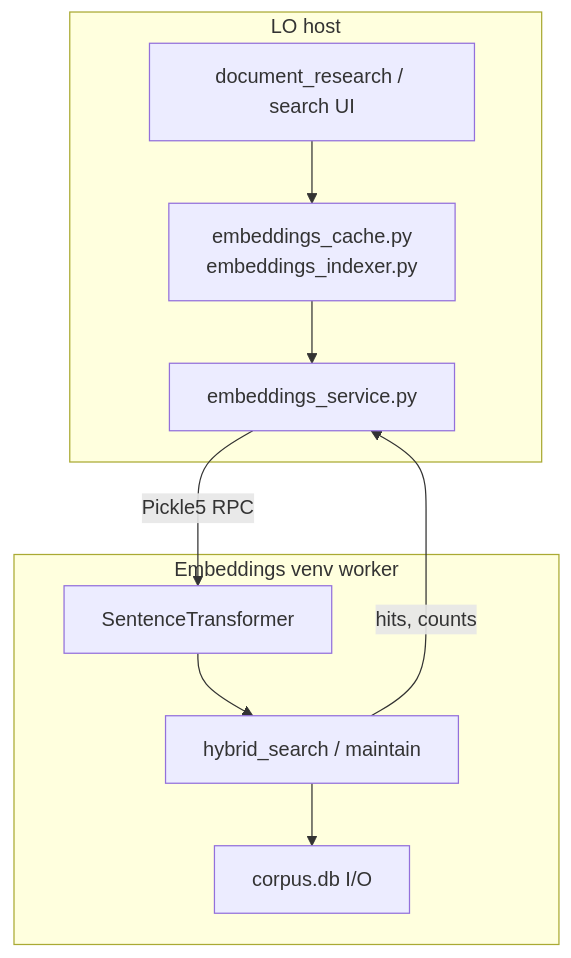
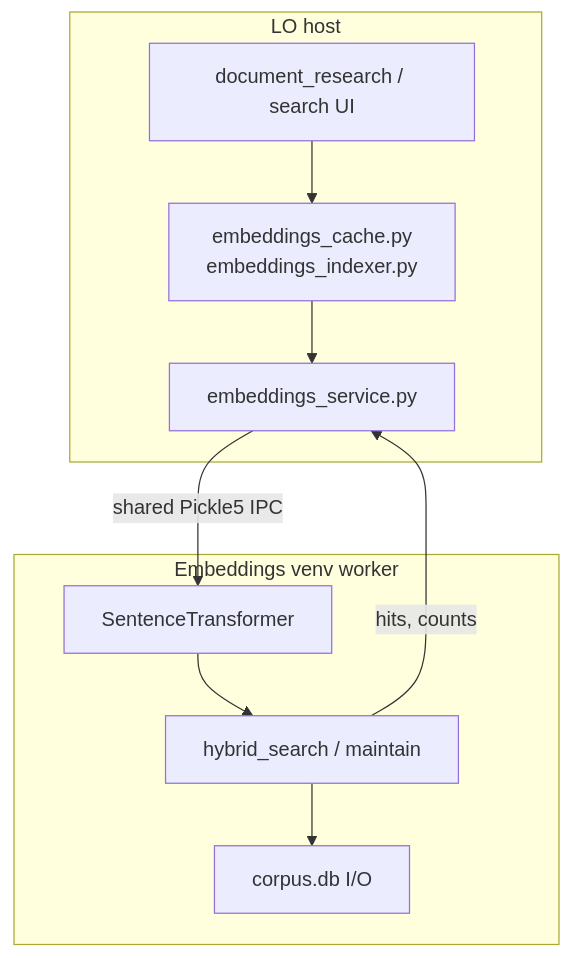
The third of 3 diagrams in docs/embeddings.md (KeithCu/writeragent), drawn with Mermaid before and after one commit. The commit also changed other lines of this file and 21 other files, not shown here.

````diff
--- a/docs/embeddings.md
+++ b/docs/embeddings.md
@@ -242,17 +242,17 @@
 ```mermaid
 flowchart TB
   subgraph host [LO host]
     Outer["document_research / search UI"]
     Cache["embeddings_cache.py\nembeddings_indexer.py"]
     RPC["embeddings_service.py"]
   end
   subgraph venv [Embeddings venv worker]
     ST["SentenceTransformer"]
     Hybrid["hybrid_search / maintain"]
     DB["corpus.db I/O"]
   end
   Outer --> Cache --> RPC
-  RPC -->|"Pickle5 RPC"| ST
+  RPC -->|"shared Pickle5 IPC"| ST
   ST --> Hybrid --> DB
   Hybrid -->|"hits, counts"| RPC
 ```
````
